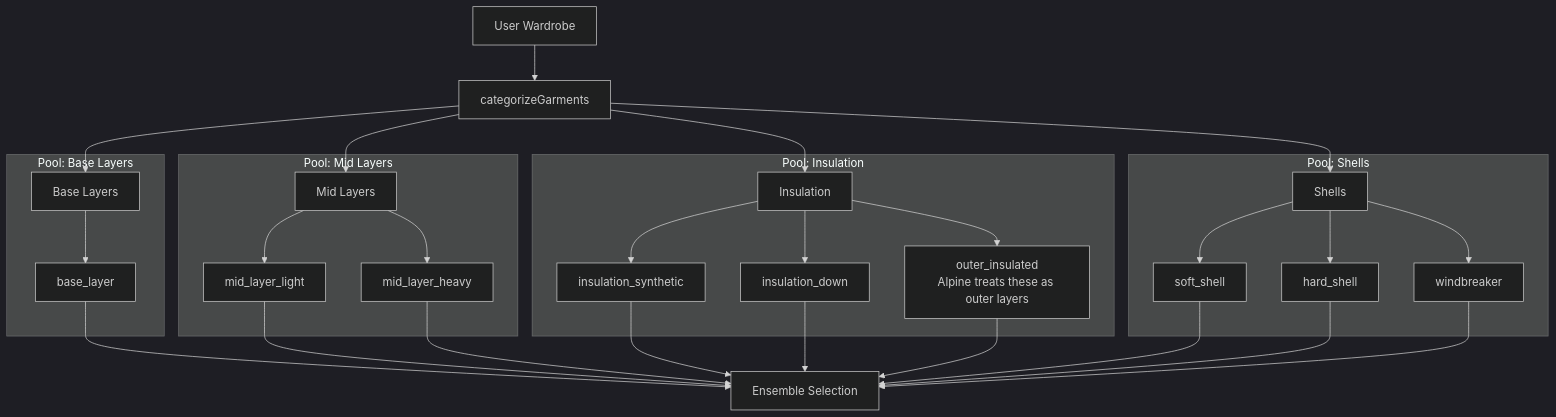
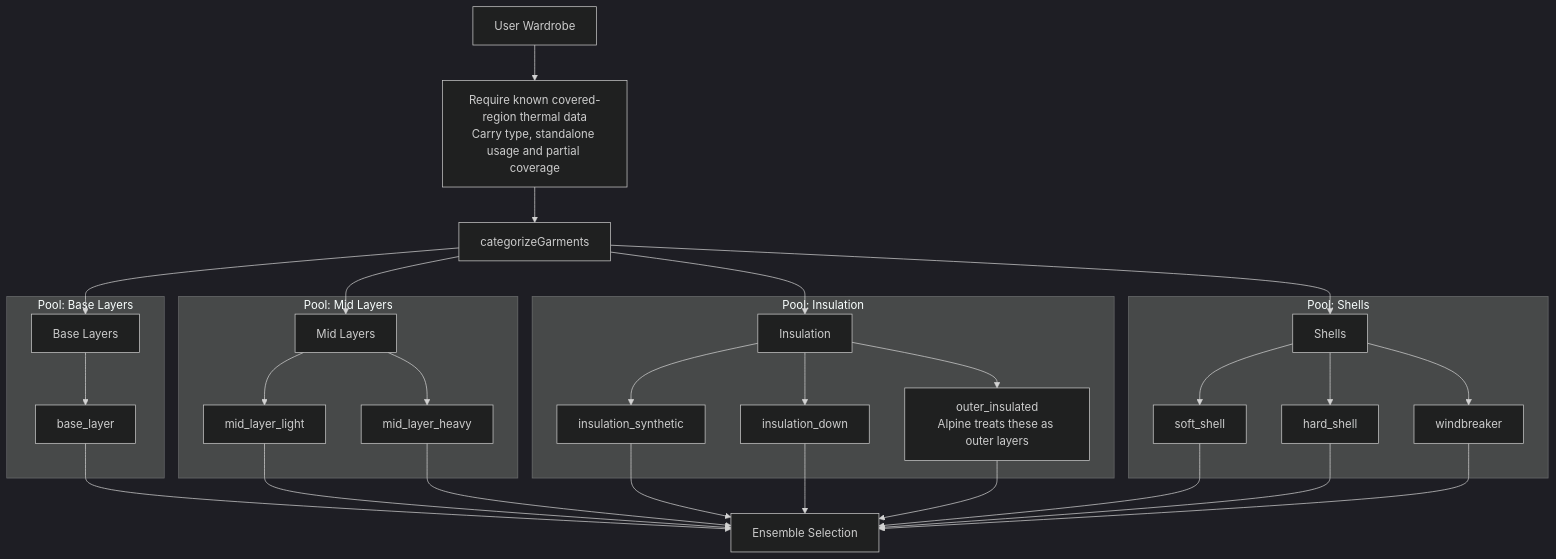
Before and after one commit to derobertsw/swttr: the second of 7 diagrams in README.md, drawn with Mermaid (dark theme). The commit also changed other lines of this file and 34 other files, not shown here.

````diff
--- a/README.md
+++ b/README.md
@@ -86,40 +88,41 @@
 ```mermaid
 graph TD
-    W[User Wardrobe] --> CAT[categorizeGarments]
+    W[User Wardrobe] --> DATA[Require known covered-region thermal data<br/>Carry type, standalone usage and partial coverage]
+    DATA --> CAT[categorizeGarments]
 
     CAT --> BL[Base Layers]
     CAT --> ML[Mid Layers]
     CAT --> INS[Insulation]
     CAT --> SH[Shells]
 
     subgraph "Pool: Base Layers"
         BL --> BL1[base_layer]
     end
 
     subgraph "Pool: Mid Layers"
         ML --> ML1[mid_layer_light]
         ML --> ML2[mid_layer_heavy]
     end
 
     subgraph "Pool: Insulation"
         INS --> INS1[insulation_synthetic]
         INS --> INS2[insulation_down]
         INS --> INS3[outer_insulated<br/>Alpine treats these as outer layers]
     end
 
     subgraph "Pool: Shells"
         SH --> SH1[soft_shell]
         SH --> SH2[hard_shell]
         SH --> SH3[windbreaker]
     end
 
     BL1 --> SEL[Ensemble Selection]
     ML1 --> SEL
     ML2 --> SEL
     INS1 --> SEL
     INS2 --> SEL
     INS3 --> SEL
     SH1 --> SEL
     SH2 --> SEL
     SH3 --> SEL
 ```
````
